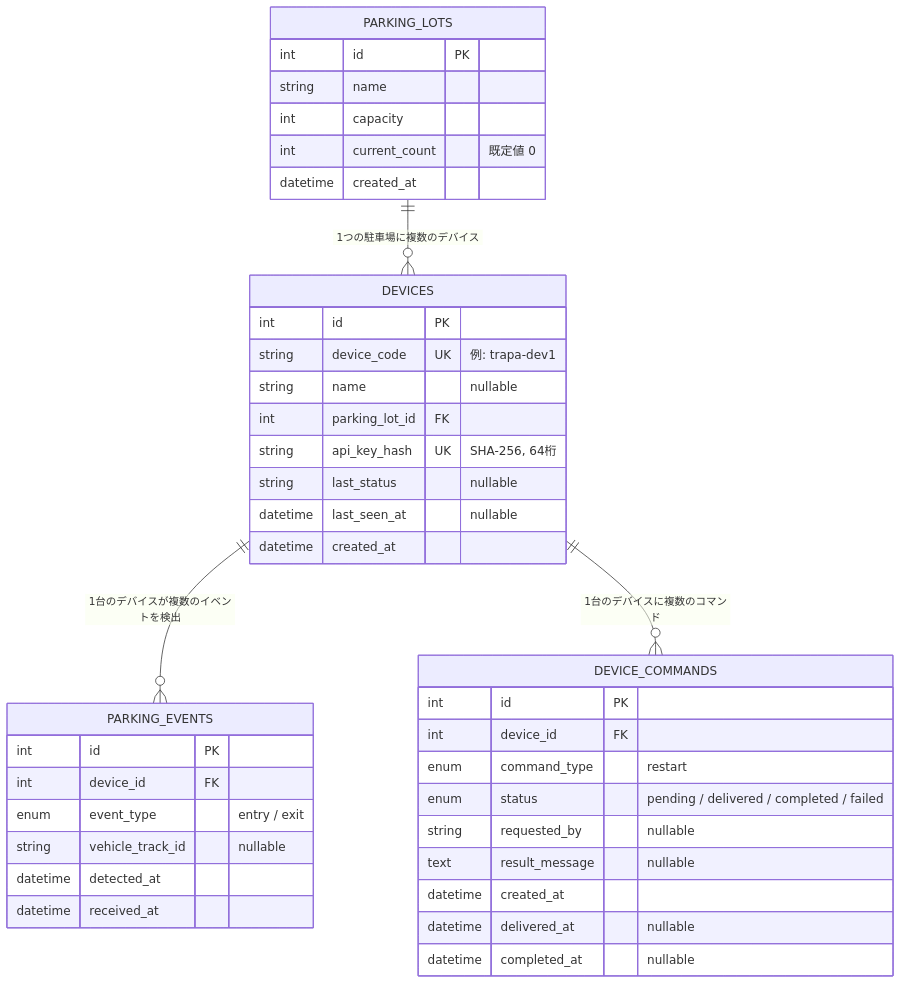
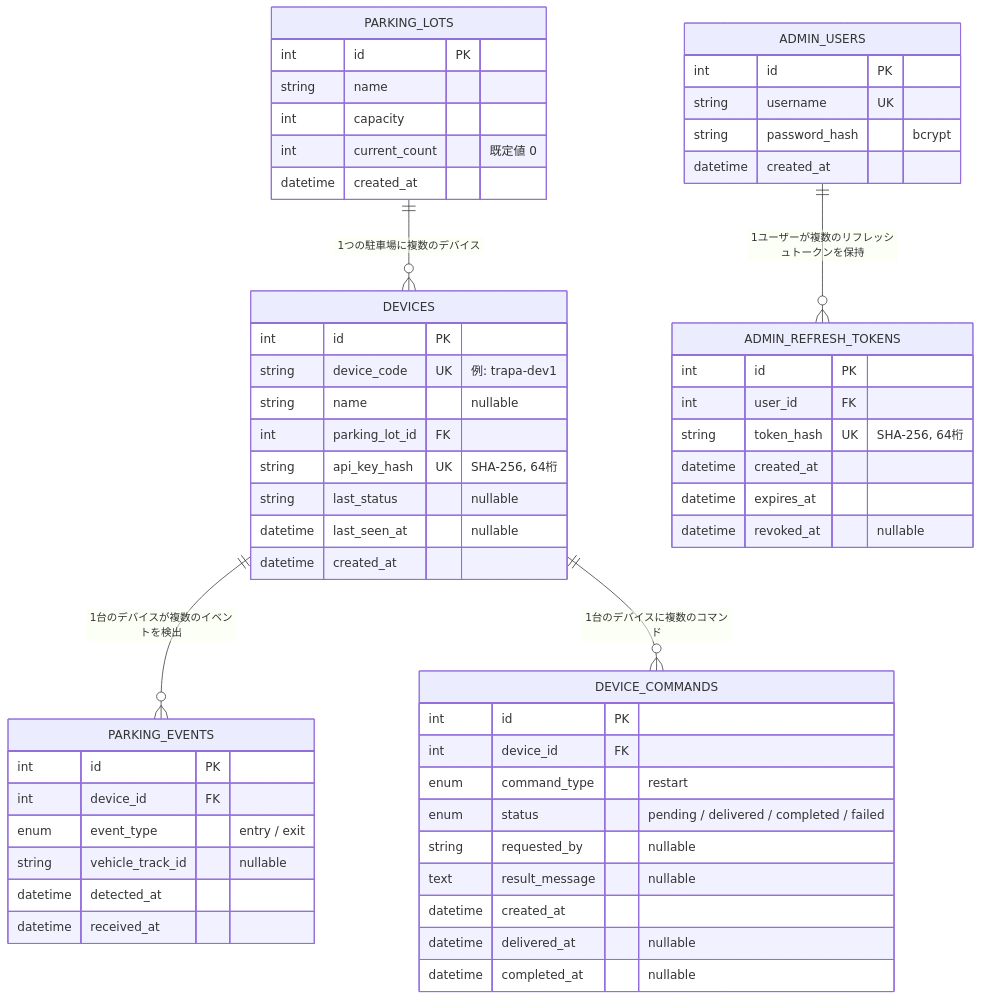
The diagram in docs/db-schema.md (NUTFes/tracking-parking-api), drawn with Mermaid before and after one commit. The commit also changed other lines of this file, not shown here.

First line of the commit message:
Add missing admin_users/admin_refresh_tokens to db-schema.md

````diff
--- a/docs/db-schema.md
+++ b/docs/db-schema.md
@@ -9,43 +9,58 @@
 ```mermaid
 erDiagram
     PARKING_LOTS ||--o{ DEVICES : "1つの駐車場に複数のデバイス"
     DEVICES ||--o{ PARKING_EVENTS : "1台のデバイスが複数のイベントを検出"
     DEVICES ||--o{ DEVICE_COMMANDS : "1台のデバイスに複数のコマンド"
+    ADMIN_USERS ||--o{ ADMIN_REFRESH_TOKENS : "1ユーザーが複数のリフレッシュトークンを保持"
 
     PARKING_LOTS {
         int id PK
         string name
         int capacity
         int current_count "既定値 0"
         datetime created_at
     }
     DEVICES {
         int id PK
         string device_code UK "例: trapa-dev1"
         string name "nullable"
         int parking_lot_id FK
         string api_key_hash UK "SHA-256, 64桁"
         string last_status "nullable"
         datetime last_seen_at "nullable"
         datetime created_at
     }
     PARKING_EVENTS {
         int id PK
         int device_id FK
         enum event_type "entry / exit"
         string vehicle_track_id "nullable"
         datetime detected_at
         datetime received_at
     }
     DEVICE_COMMANDS {
         int id PK
         int device_id FK
         enum command_type "restart"
         enum status "pending / delivered / completed / failed"
         string requested_by "nullable"
         text result_message "nullable"
         datetime created_at
         datetime delivered_at "nullable"
         datetime completed_at "nullable"
     }
+    ADMIN_USERS {
+        int id PK
+        string username UK
+        string password_hash "bcrypt"
+        datetime created_at
+    }
+    ADMIN_REFRESH_TOKENS {
+        int id PK
+        int user_id FK
+        string token_hash UK "SHA-256, 64桁"
+        datetime created_at
+        datetime expires_at
+        datetime revoked_at "nullable"
+    }
 ```
````
